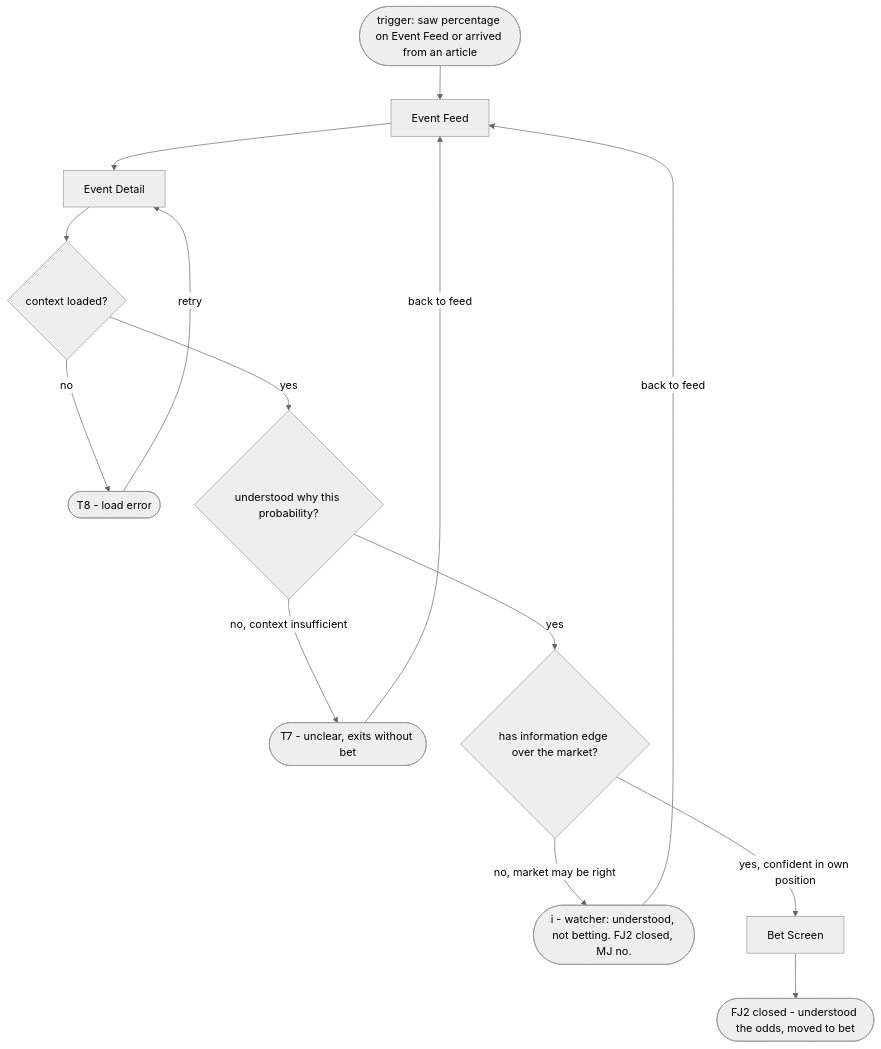
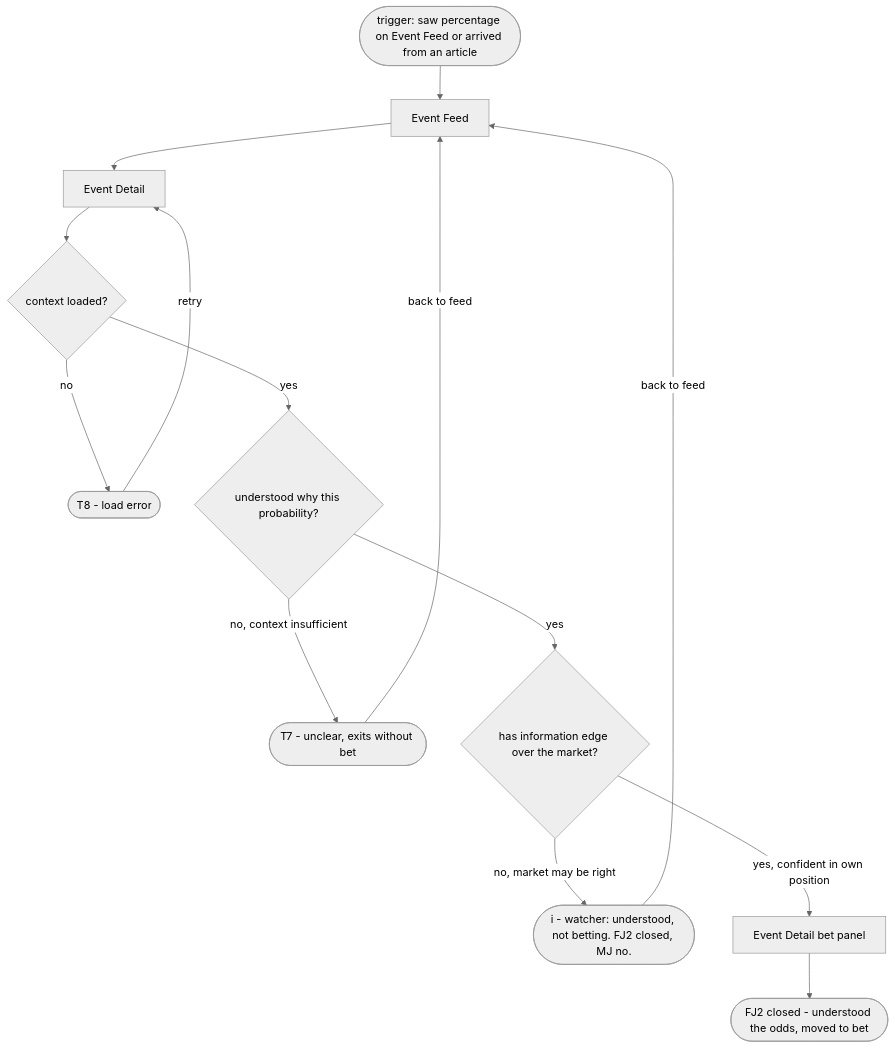
The second of 4 diagrams in IA/flows.md (sergiodesign4u-dot/predict-market), drawn with Mermaid (neutral theme) before and after one commit. The commit also changed other lines of this file, not shown here.

First line of the commit message:
Sync flows.md with the wireframe build pass (inline bet panel, gate dialogs)

````diff
--- a/IA/flows.md
+++ b/IA/flows.md
@@ -128,21 +130,21 @@
 ```mermaid
 flowchart TD
     trigger(["trigger: saw percentage on Event Feed or arrived from an article"])
     trigger --> EF["Event Feed"]
     EF --> ED["Event Detail"]
 
     ED --> ctxOk{"context loaded?"}
     ctxOk -->|"no"| T8(["T8 - load error"])
     T8 -->|"retry"| ED
     ctxOk -->|"yes"| understood{"understood why this probability?"}
 
     understood -->|"no, context insufficient"| T7(["T7 - unclear, exits without bet"])
     T7 -->|"back to feed"| EF
     understood -->|"yes"| hasEdge{"has information edge over the market?"}
 
     hasEdge -->|"no, market may be right"| watcher(["i - watcher: understood, not betting. FJ2 closed, MJ no."])
     watcher -->|"back to feed"| EF
-    hasEdge -->|"yes, confident in own position"| BS["Bet Screen"]
+    hasEdge -->|"yes, confident in own position"| BS["Event Detail bet panel"]
 
     BS --> fj2Done(["FJ2 closed - understood the odds, moved to bet"])
 ```
````
